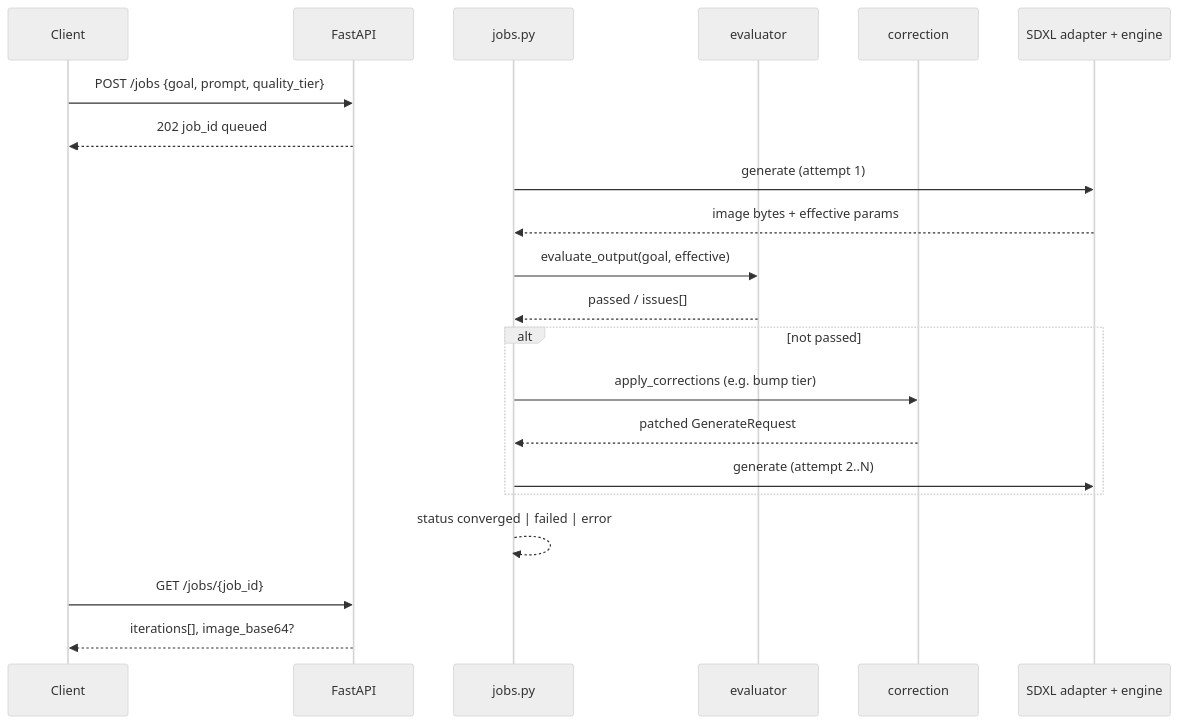
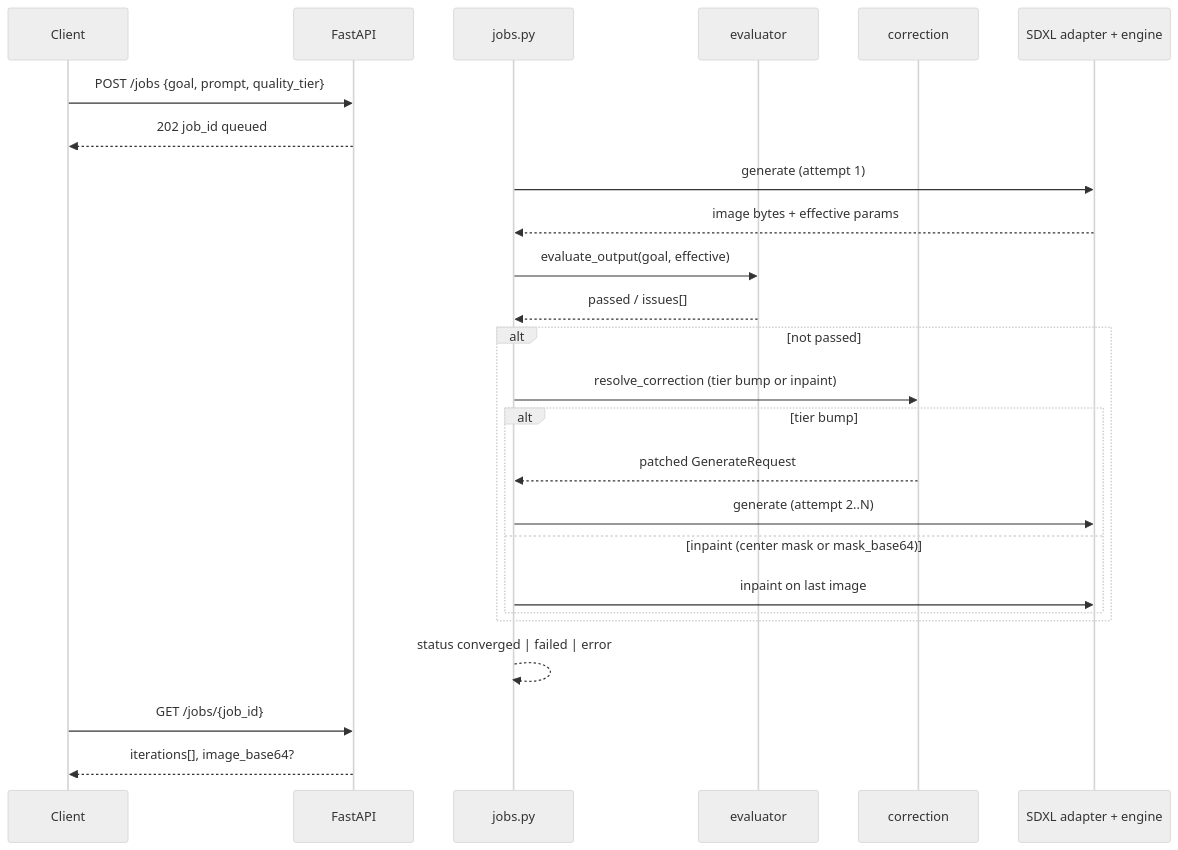
The second of 5 diagrams in ARCHITECTURE.md (kirank93611/vid-gen-sdxl-pipe), drawn with Mermaid (neutral theme) before and after one commit. The commit also changed other lines of this file and 64 other files, not shown here.

````diff
--- a/ARCHITECTURE.md
+++ b/ARCHITECTURE.md
@@ -241,24 +253,28 @@
 ```mermaid
 sequenceDiagram
     participant C as Client
     participant API as FastAPI
     participant J as jobs.py
     participant E as evaluator
     participant P as correction
     participant A as SDXL adapter + engine
 
     C->>API: POST /jobs {goal, prompt, quality_tier}
     API-->>C: 202 job_id queued
     J->>A: generate (attempt 1)
     A-->>J: image bytes + effective params
     J->>E: evaluate_output(goal, effective)
     E-->>J: passed / issues[]
     alt not passed
-        J->>P: apply_corrections (e.g. bump tier)
-        P-->>J: patched GenerateRequest
-        J->>A: generate (attempt 2..N)
+        J->>P: resolve_correction (tier bump or inpaint)
+        alt tier bump
+            P-->>J: patched GenerateRequest
+            J->>A: generate (attempt 2..N)
+        else inpaint (center mask or mask_base64)
+            J->>A: inpaint on last image
+        end
     end
     J-->>J: status converged | failed | error
     C->>API: GET /jobs/{job_id}
     API-->>C: iterations[], image_base64?
 ```
````
